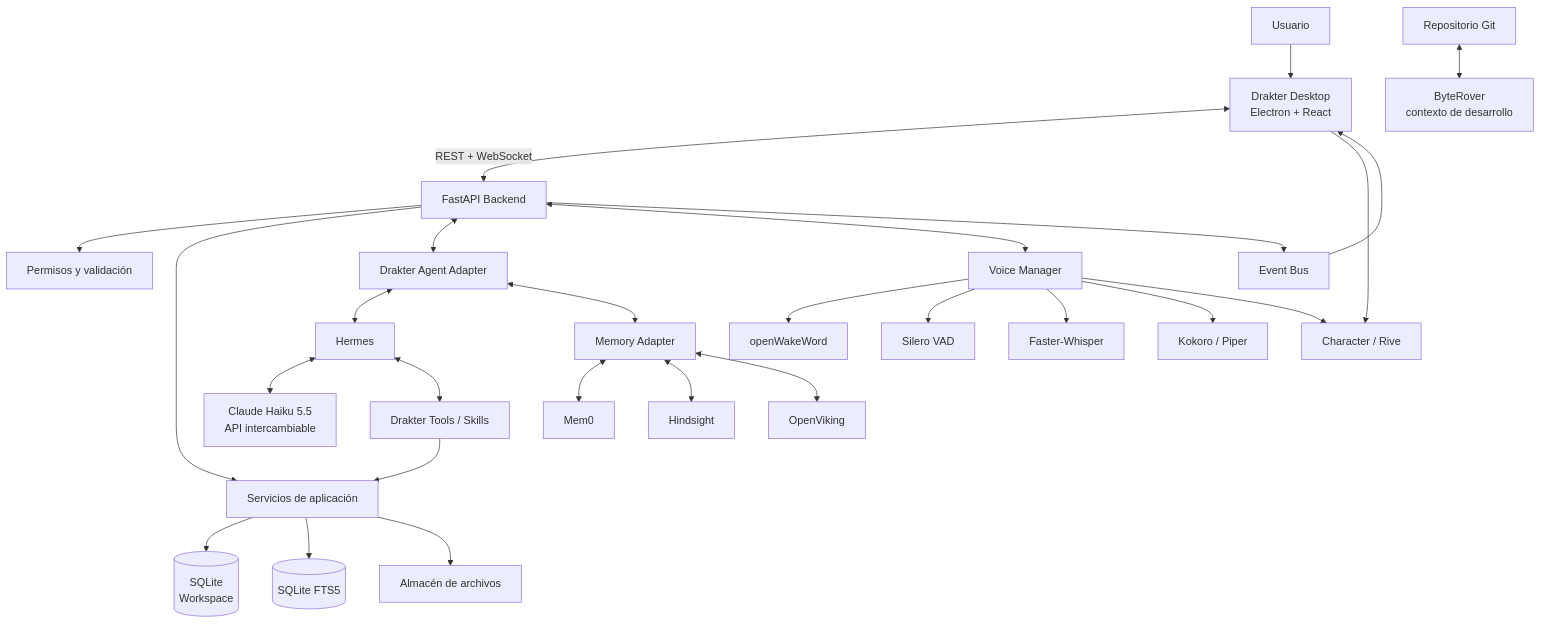
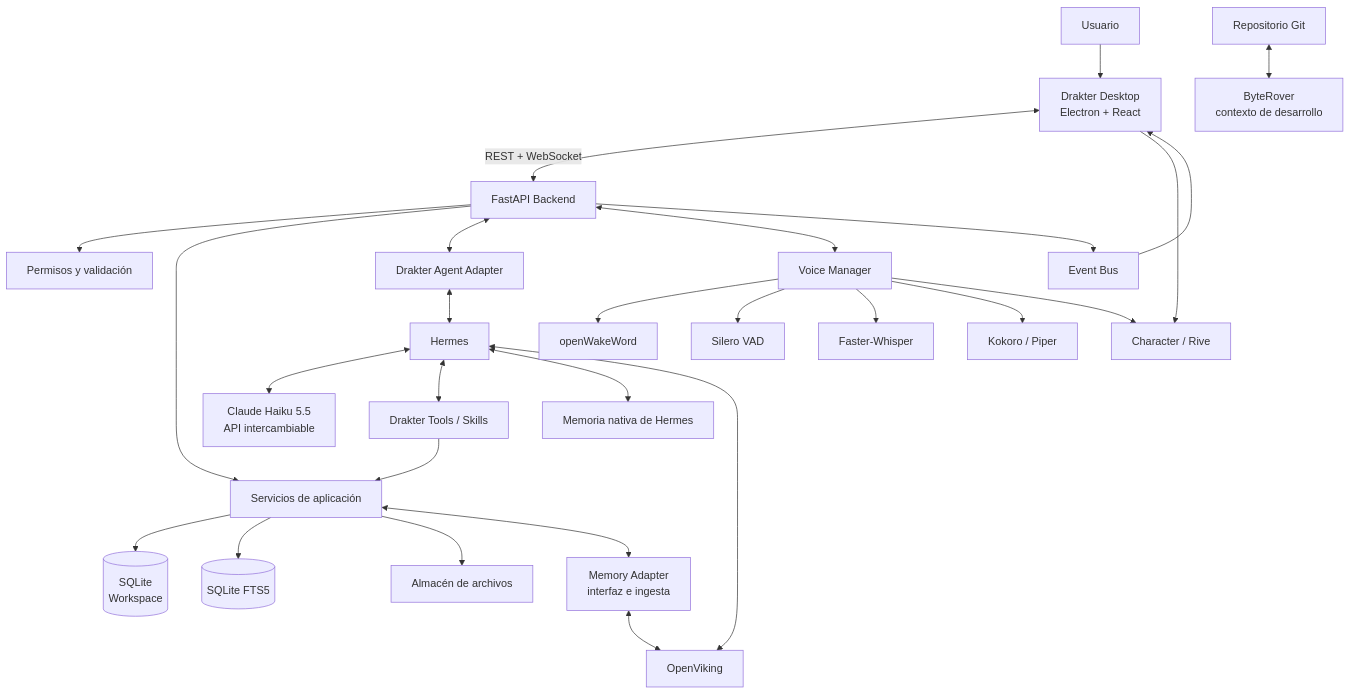
Before and after one commit to Lordi898/Drakter: the diagram in docs/ROADMAP.md, drawn with Mermaid. The commit also changed other lines of this file and 14 other files, not shown here.

````diff
--- a/docs/ROADMAP.md
+++ b/docs/ROADMAP.md
@@ -269,35 +265,35 @@
 ``` mermaid
 flowchart TB
     U[Usuario] --> UI[Drakter Desktop<br/>Electron + React]
     UI <-->|REST + WebSocket| API[FastAPI Backend]
 
     API --> AUTH[Permisos y validación]
     API --> APP[Servicios de aplicación]
     APP --> DB[(SQLite<br/>Workspace)]
     APP --> IDX[(SQLite FTS5)]
     APP --> FILES[Almacén de archivos]
 
     API <--> CORE[Drakter Agent Adapter]
     CORE <--> H[Hermes]
     H <--> LLM[Claude Haiku 5.5<br/>API intercambiable]
     H <--> TOOLS[Drakter Tools / Skills]
     TOOLS --> APP
 
-    CORE <--> MEM[Memory Adapter]
-    MEM <--> M0[Mem0]
-    MEM <--> HS[Hindsight]
-    MEM <--> OV[OpenViking]
+    H <--> NM[Memoria nativa de Hermes]
+    H <--> OV[OpenViking]
+    APP <--> MEM[Memory Adapter<br/>interfaz e ingesta]
+    MEM <--> OV
 
     API <--> VOICE[Voice Manager]
     VOICE --> WW[openWakeWord]
     VOICE --> VAD[Silero VAD]
     VOICE --> STT[Faster-Whisper]
     VOICE --> TTS[Kokoro / Piper]
 
     API --> EVENTS[Event Bus]
     EVENTS --> UI
     UI --> RIVE[Character / Rive]
     VOICE --> RIVE
 
     DEV[Repositorio Git] <--> BR[ByteRover<br/>contexto de desarrollo]
 ```
````
